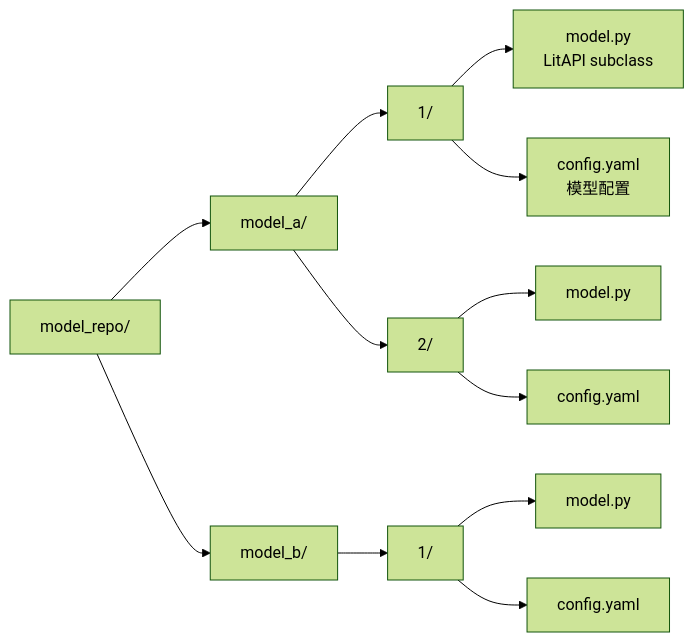
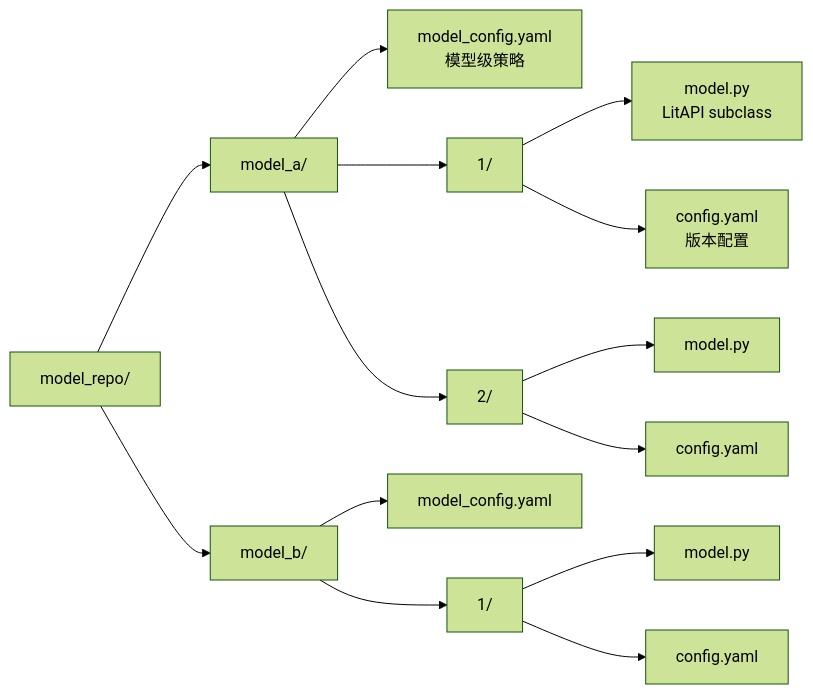
Before and after one commit to jianjunwu/light-server: the third of 3 diagrams in docs/zh/07_架构设计.md, drawn with Mermaid (forest theme). The commit also changed 22 other files, not shown here.

First line of the commit message:
docs: add model management guide (model_config.yaml, version policies, ensemble)

````diff
--- a/docs/zh/07_架构设计.md
+++ b/docs/zh/07_架构设计.md
@@ -103,14 +103,16 @@
 ```mermaid
 graph LR
     MR[model_repo/] --> M1[model_a/]
     MR --> M2[model_b/]
+    M1 --> MC1[model_config.yaml<br/>模型级策略]
     M1 --> V1[1/]
     M1 --> V2[2/]
     V1 --> F1[model.py<br/>LitAPI subclass]
-    V1 --> F2[config.yaml<br/>模型配置]
+    V1 --> F2[config.yaml<br/>版本配置]
     V2 --> F3[model.py]
     V2 --> F4[config.yaml]
+    M2 --> MC2[model_config.yaml]
     M2 --> V3[1/]
     V3 --> F5[model.py]
     V3 --> F6[config.yaml]
 ```
````
